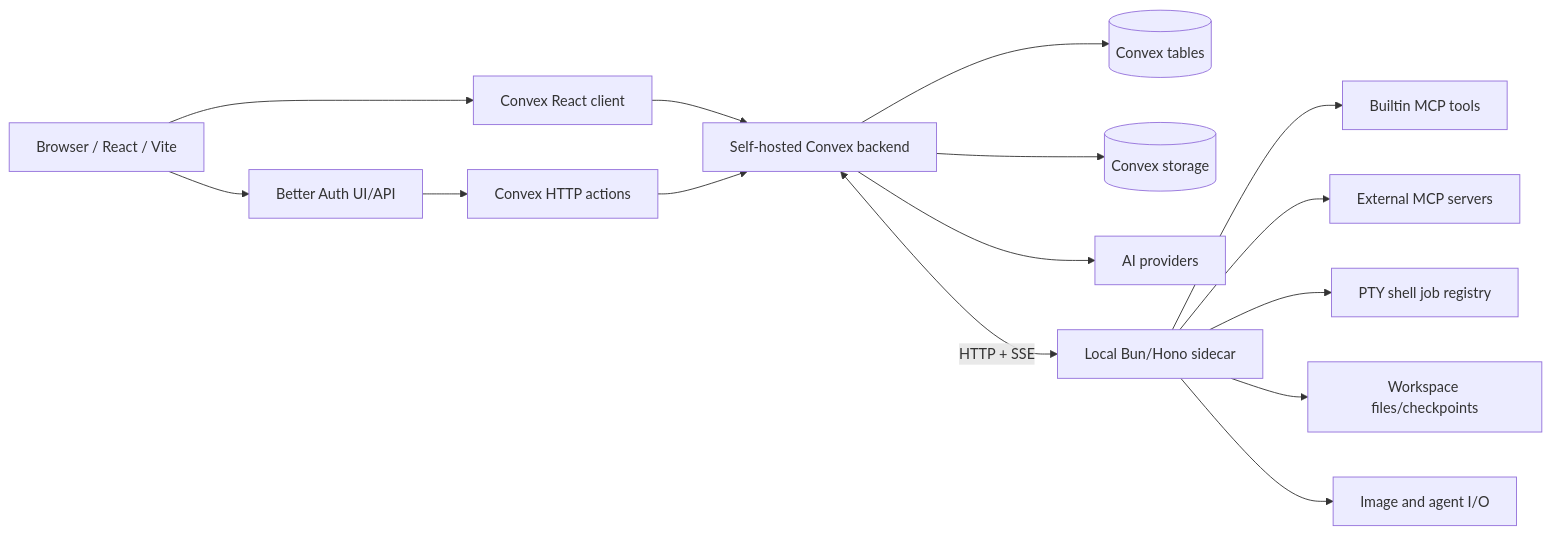
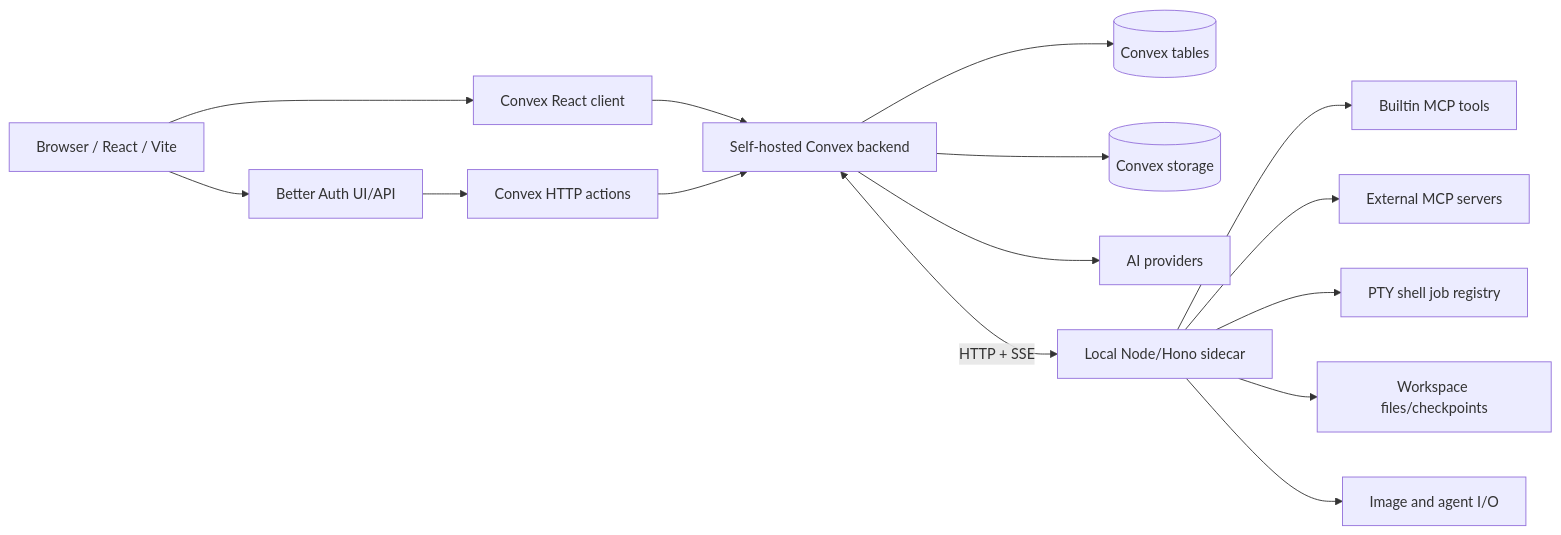
Before and after one commit to danji6/slopbench: the diagram in PROJECT_ANALYSIS.md, drawn with Mermaid. The commit also changed other lines of this file and 146 other files, not shown here.

````diff
--- a/PROJECT_ANALYSIS.md
+++ b/PROJECT_ANALYSIS.md
@@ -142,17 +190,17 @@
 ```mermaid
 flowchart LR
   Browser[Browser / React / Vite] --> ConvexClient[Convex React client]
   Browser --> Auth[Better Auth UI/API]
   Auth --> ConvexHTTP[Convex HTTP actions]
   ConvexClient --> Convex[Self-hosted Convex backend]
   ConvexHTTP --> Convex
   Convex --> DB[(Convex tables)]
   Convex --> Storage[(Convex storage)]
   Convex --> Providers[AI providers]
-  Convex <-->|HTTP + SSE| Sidecar[Local Bun/Hono sidecar]
+  Convex <-->|HTTP + SSE| Sidecar[Local Node/Hono sidecar]
   Sidecar --> BuiltinMCP[Builtin MCP tools]
   Sidecar --> ExternalMCP[External MCP servers]
   Sidecar --> Shell[PTY shell job registry]
   Sidecar --> Workspace[Workspace files/checkpoints]
   Sidecar --> IO[Image and agent I/O]
 ```
````
